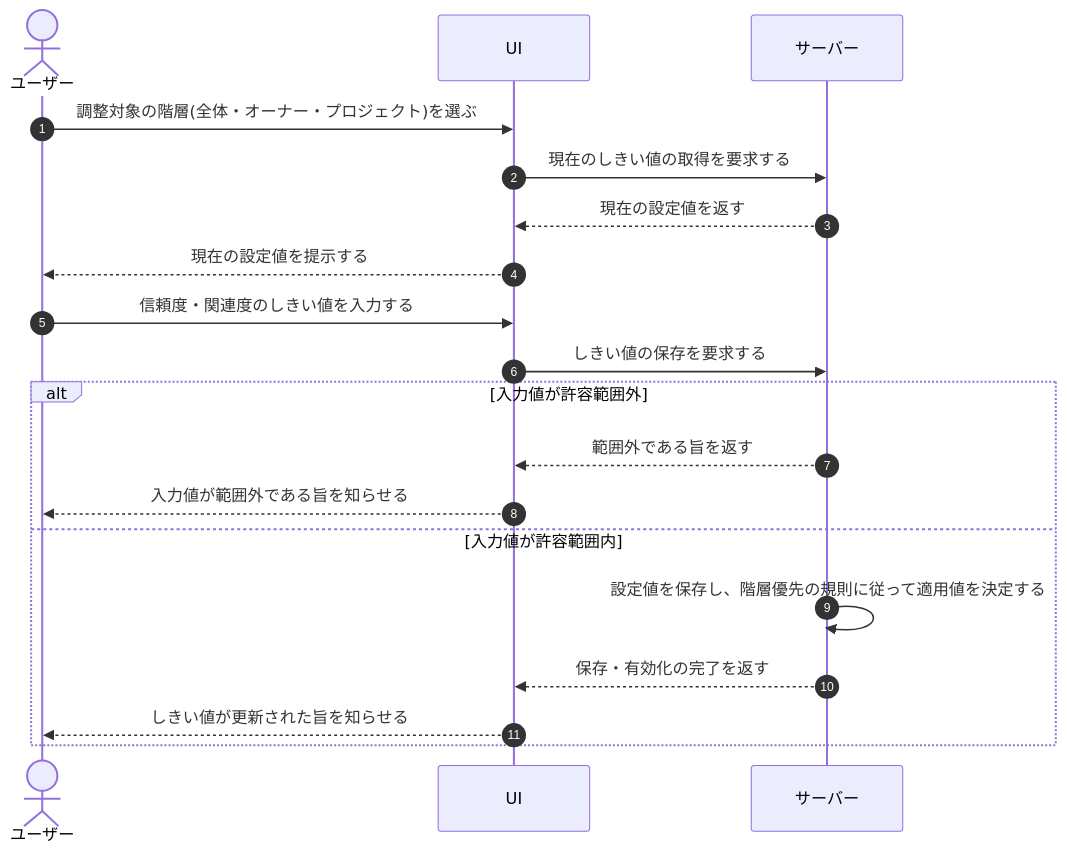
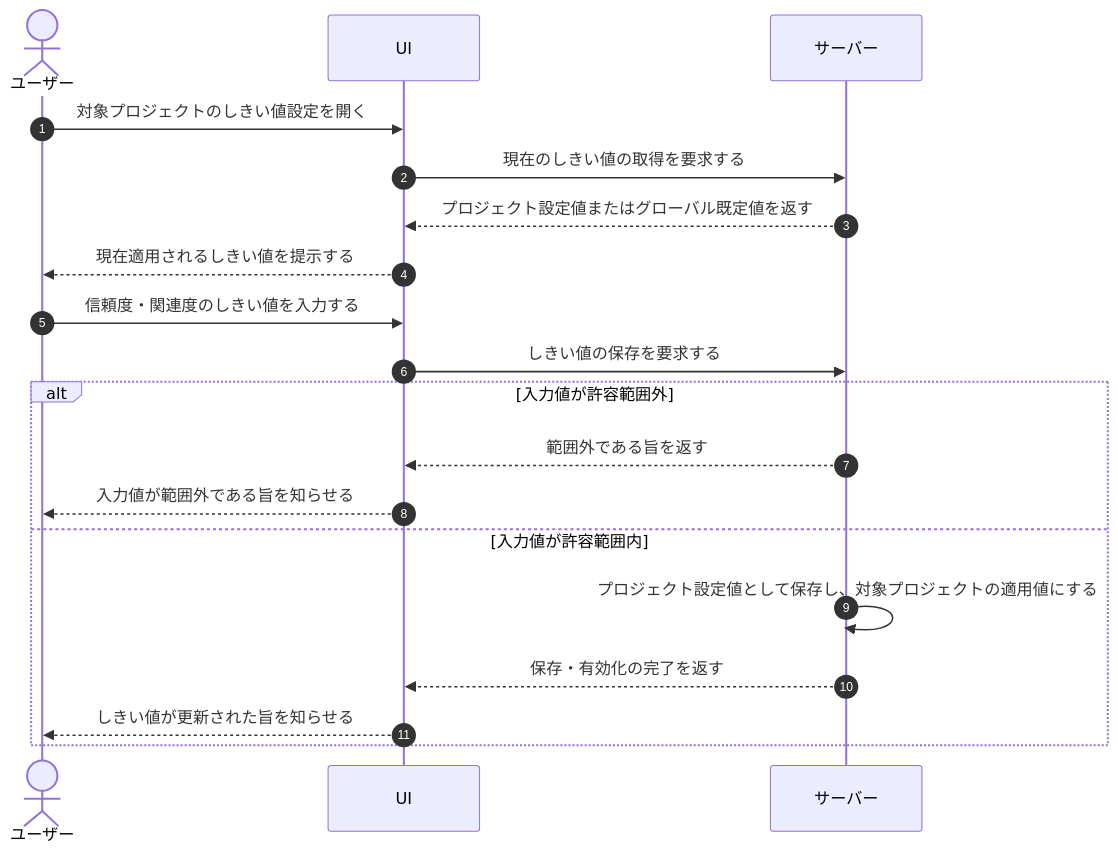
One commit to sikakou54/open-faq changed the diagram in 01_requirements/04_business_usecases/UC-075.md. Above: the diagram before and after it, drawn with Mermaid. The commit also changed other lines of this file and 30 other files, not shown here.

````diff
--- a/01_requirements/04_business_usecases/UC-075.md
+++ b/01_requirements/04_business_usecases/UC-075.md
@@ -26,21 +26,21 @@
 ```mermaid
 sequenceDiagram
   autonumber
   actor U as ユーザー
   participant UI as UI
   participant S as サーバー
-  U->>UI: 調整対象の階層(全体・オーナー・プロジェクト)を選ぶ
+  U->>UI: 対象プロジェクトのしきい値設定を開く
   UI->>S: 現在のしきい値の取得を要求する
-  S-->>UI: 現在の設定値を返す
-  UI-->>U: 現在の設定値を提示する
+  S-->>UI: プロジェクト設定値またはグローバル既定値を返す
+  UI-->>U: 現在適用されるしきい値を提示する
   U->>UI: 信頼度・関連度のしきい値を入力する
   UI->>S: しきい値の保存を要求する
   alt 入力値が許容範囲外
     S-->>UI: 範囲外である旨を返す
     UI-->>U: 入力値が範囲外である旨を知らせる
   else 入力値が許容範囲内
-    S->>S: 設定値を保存し、階層優先の規則に従って適用値を決定する
+    S->>S: プロジェクト設定値として保存し、対象プロジェクトの適用値にする
     S-->>UI: 保存・有効化の完了を返す
     UI-->>U: しきい値が更新された旨を知らせる
   end
 ```
````
